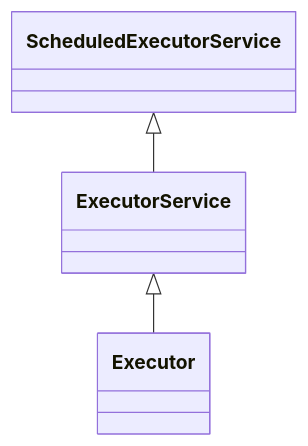
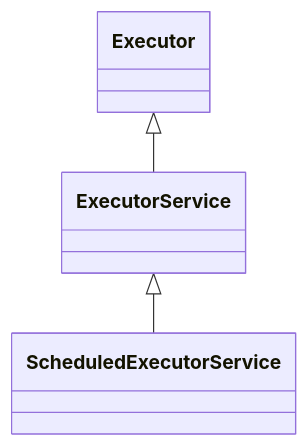
Before and after one commit to ja-css/secret: the diagram in Задачи/000001 Vert.x Scheduler.md, drawn with Mermaid.

````diff
--- a/Задачи/000001 Vert.x Scheduler.md
+++ b/Задачи/000001 Vert.x Scheduler.md
@@ -13,5 +13,5 @@
 ```mermaid
 classDiagram
-    ExecutorService <|-- Executor
-    ScheduledExecutorService <|-- ExecutorService
+    Executor <|-- ExecutorService
+    ExecutorService <|-- ScheduledExecutorService 
 ```
````
